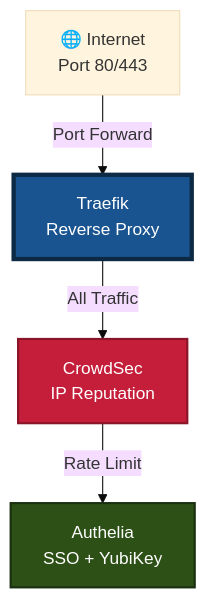
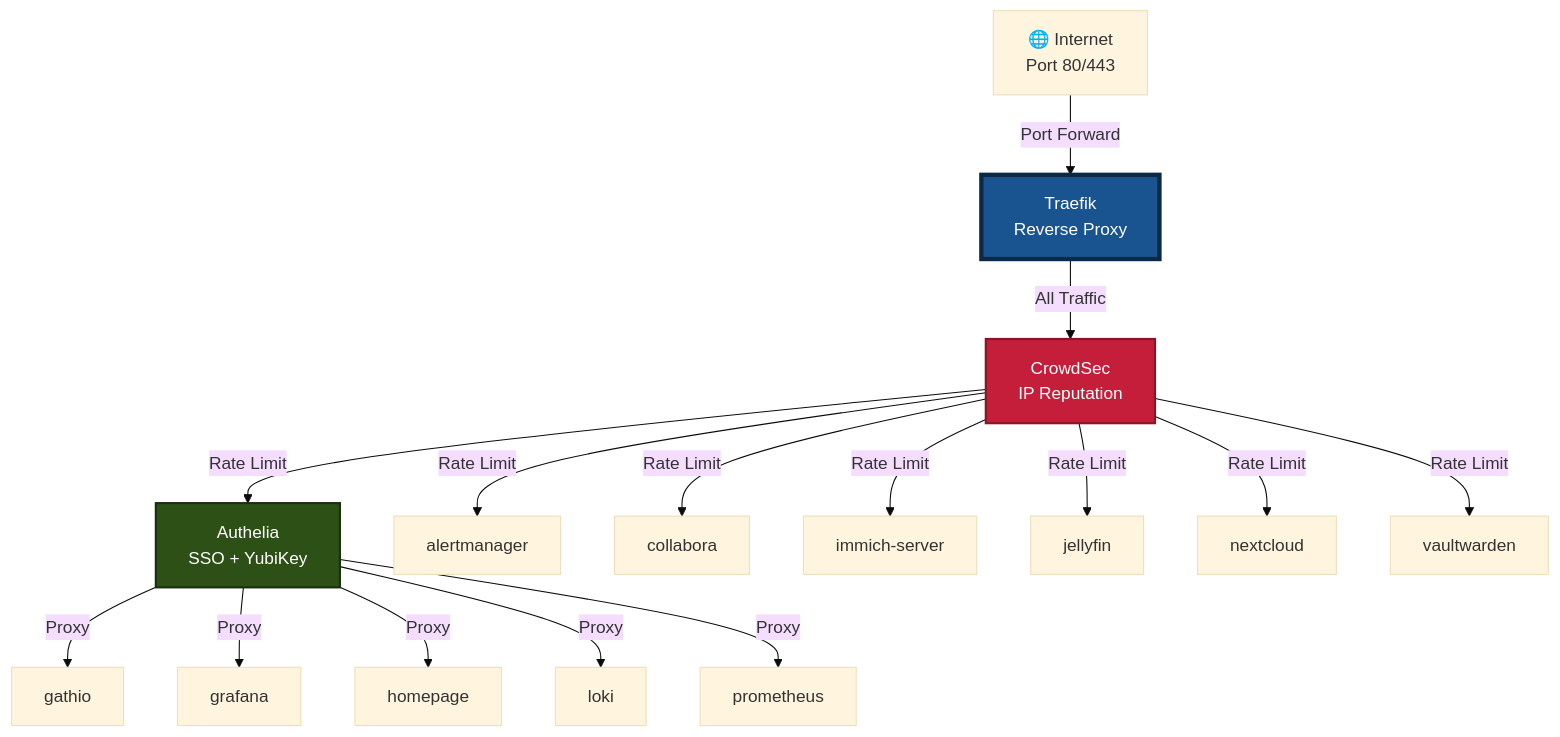
The first of 3 diagrams in docs/AUTO-NETWORK-TOPOLOGY.md (vonrobak/fedora-homelab-containers), drawn with Mermaid (base theme) before and after one commit. The commit also changed other lines of this file and 3 other files, not shown here.

````diff
--- a/docs/AUTO-NETWORK-TOPOLOGY.md
+++ b/docs/AUTO-NETWORK-TOPOLOGY.md
@@ -14,18 +14,29 @@
 ```mermaid
 graph TB
     Internet[🌐 Internet<br/>Port 80/443]
     Internet -->|Port Forward| Traefik[Traefik<br/>Reverse Proxy]
 
     %% All traffic goes through CrowdSec first
     Traefik -->|All Traffic| CrowdSec[CrowdSec<br/>IP Reputation]
 
     %% Services requiring Authelia SSO
     CrowdSec -->|Rate Limit| Authelia[Authelia<br/>SSO + YubiKey]
+    Authelia -->|Proxy| gathio[gathio]
+    Authelia -->|Proxy| grafana[grafana]
+    Authelia -->|Proxy| homepage[homepage]
+    Authelia -->|Proxy| loki[loki]
+    Authelia -->|Proxy| prometheus[prometheus]
 
     %% Services with native authentication (bypass Authelia)
+    CrowdSec -->|Rate Limit| alertmanager[alertmanager]
+    CrowdSec -->|Rate Limit| collabora[collabora]
+    CrowdSec -->|Rate Limit| immich_server[immich-server]
+    CrowdSec -->|Rate Limit| jellyfin[jellyfin]
+    CrowdSec -->|Rate Limit| nextcloud[nextcloud]
+    CrowdSec -->|Rate Limit| vaultwarden[vaultwarden]
 
     %% Styling
     style Traefik fill:#1a5490,stroke:#0d2a45,stroke-width:4px,color:#fff
     style CrowdSec fill:#c41e3a,stroke:#8b1528,stroke-width:2px,color:#fff
     style Authelia fill:#2d5016,stroke:#1a3010,stroke-width:2px,color:#fff
 ```
````
